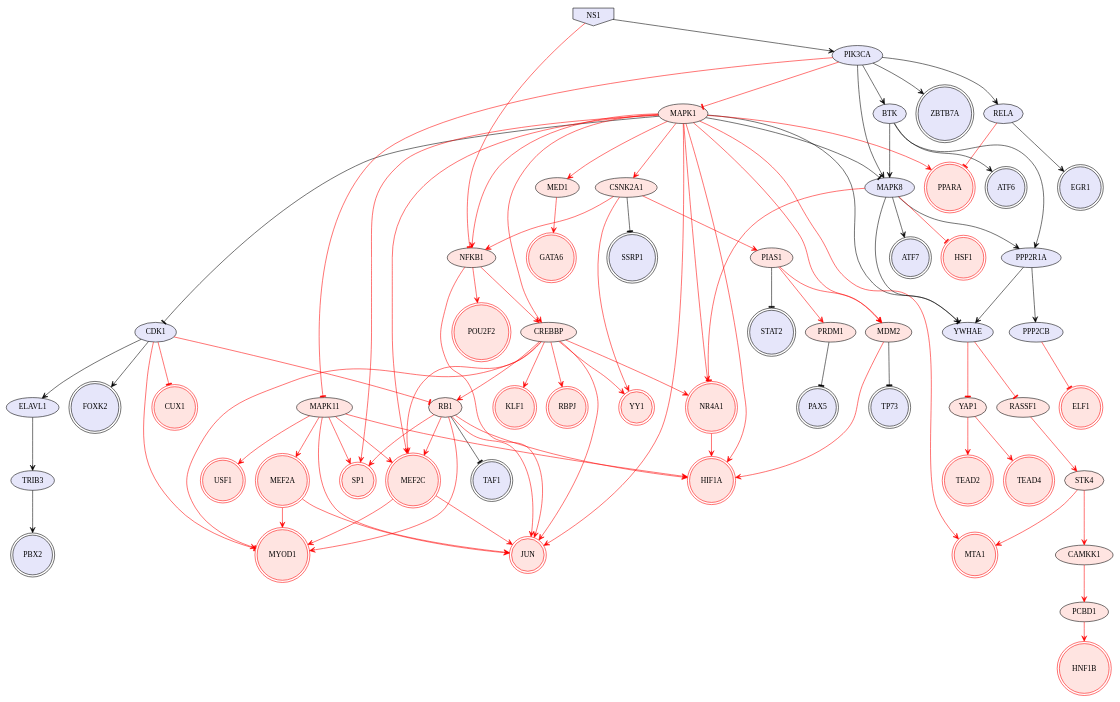
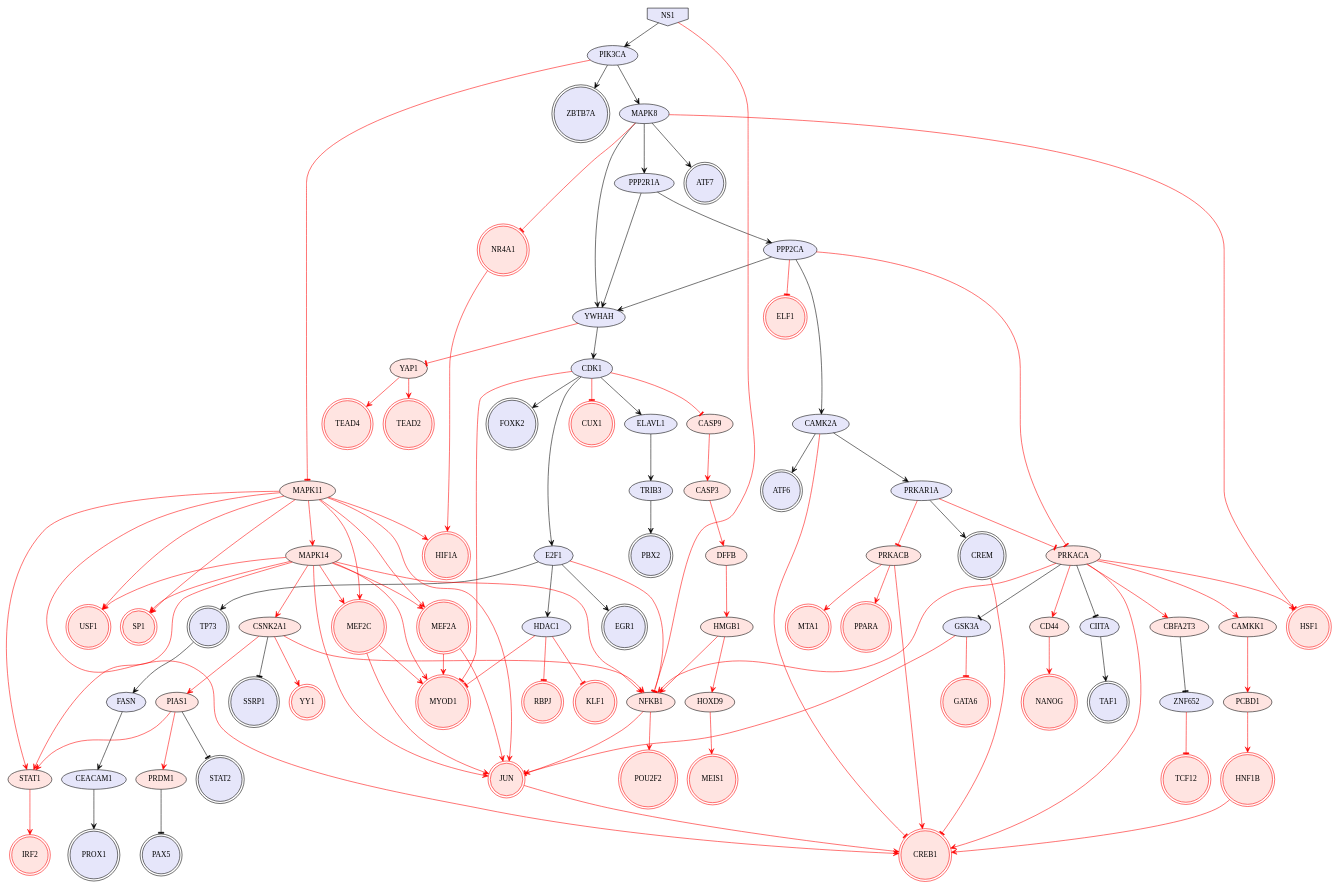
The diagram in ResultsCARNIVAL_VN1203vsNS1_for_3hr/network_solution.dot (COVID-19-Causal-Reasoning/InfluenzaSBMLdemo), drawn with Graphviz before and after one commit. The commit also changed 26 other files, not shown here.

```diff
--- a/ResultsCARNIVAL_VN1203vsNS1_for_3hr/network_solution.dot
+++ b/ResultsCARNIVAL_VN1203vsNS1_for_3hr/network_solution.dot
@@ -1,154 +1,187 @@
 digraph {
 
-MAPK1->CDK1 [penwidth=1, color=black, arrowhead="tee"]
-MAPK1->MAPK8 [penwidth=1, color=black, arrowhead="tee"]
-MAPK1->YWHAE [penwidth=1, color=black, arrowhead="tee"]
+PRKACA->GSK3A [penwidth=1, color=black, arrowhead="tee"]
+PRKACA->CIITA [penwidth=1, color=black, arrowhead="tee"]
+E2F1->TP73 [penwidth=1, color=black, arrowhead="vee"]
+E2F1->EGR1 [penwidth=1, color=black, arrowhead="vee"]
+E2F1->HDAC1 [penwidth=1, color=black, arrowhead="vee"]
 ELAVL1->TRIB3 [penwidth=1, color=black, arrowhead="vee"]
+CDK1->E2F1 [penwidth=1, color=black, arrowhead="vee"]
 CDK1->ELAVL1 [penwidth=1, color=black, arrowhead="vee"]
 CDK1->FOXK2 [penwidth=1, color=black, arrowhead="vee"]
+TP73->FASN [penwidth=1, color=black, arrowhead="vee"]
+MAPK8->YWHAH [penwidth=1, color=black, arrowhead="vee"]
 MAPK8->PPP2R1A [penwidth=1, color=black, arrowhead="vee"]
-MAPK8->YWHAE [penwidth=1, color=black, arrowhead="vee"]
 MAPK8->ATF7 [penwidth=1, color=black, arrowhead="vee"]
 CSNK2A1->SSRP1 [penwidth=1, color=black, arrowhead="tee"]
-RB1->TAF1 [penwidth=1, color=black, arrowhead="tee"]
 PIAS1->STAT2 [penwidth=1, color=black, arrowhead="tee"]
-RELA->EGR1 [penwidth=1, color=black, arrowhead="vee"]
-MDM2->TP73 [penwidth=1, color=black, arrowhead="tee"]
-PPP2R1A->PPP2CB [penwidth=1, color=black, arrowhead="vee"]
-PPP2R1A->YWHAE [penwidth=1, color=black, arrowhead="vee"]
-BTK->MAPK8 [penwidth=1, color=black, arrowhead="vee"]
-BTK->PPP2R1A [penwidth=1, color=black, arrowhead="vee"]
-BTK->ATF6 [penwidth=1, color=black, arrowhead="vee"]
+PPP2CA->CAMK2A [penwidth=1, color=black, arrowhead="vee"]
+PPP2CA->YWHAH [penwidth=1, color=black, arrowhead="vee"]
+CAMK2A->ATF6 [penwidth=1, color=black, arrowhead="vee"]
+CAMK2A->PRKAR1A [penwidth=1, color=black, arrowhead="vee"]
+YWHAH->CDK1 [penwidth=1, color=black, arrowhead="vee"]
+PPP2R1A->PPP2CA [penwidth=1, color=black, arrowhead="vee"]
+PPP2R1A->YWHAH [penwidth=1, color=black, arrowhead="vee"]
+CIITA->TAF1 [penwidth=1, color=black, arrowhead="vee"]
 PIK3CA->MAPK8 [penwidth=1, color=black, arrowhead="vee"]
-PIK3CA->RELA [penwidth=1, color=black, arrowhead="vee"]
-PIK3CA->BTK [penwidth=1, color=black, arrowhead="vee"]
 PIK3CA->ZBTB7A [penwidth=1, color=black, arrowhead="vee"]
 TRIB3->PBX2 [penwidth=1, color=black, arrowhead="vee"]
+PRKAR1A->CREM [penwidth=1, color=black, arrowhead="vee"]
+CEACAM1->PROX1 [penwidth=1, color=black, arrowhead="vee"]
+FASN->CEACAM1 [penwidth=1, color=black, arrowhead="vee"]
+CBFA2T3->ZNF652 [penwidth=1, color=black, arrowhead="tee"]
 PRDM1->PAX5 [penwidth=1, color=black, arrowhead="tee"]
 NS1->PIK3CA [penwidth=1, color=black, arrowhead="vee"]
-MAPK1->CREBBP [penwidth=1, color=red, arrowhead="vee"]
-MAPK1->HIF1A [penwidth=1, color=red, arrowhead="vee"]
-MAPK1->SP1 [penwidth=1, color=red, arrowhead="vee"]
-MAPK1->JUN [penwidth=1, color=red, arrowhead="vee"]
-MAPK1->CSNK2A1 [penwidth=1, color=red, arrowhead="vee"]
-MAPK1->NFKB1 [penwidth=1, color=red, arrowhead="vee"]
-MAPK1->PPARA [penwidth=1, color=red, arrowhead="vee"]
-MAPK1->MEF2C [penwidth=1, color=red, arrowhead="vee"]
-MAPK1->NR4A1 [penwidth=1, color=red, arrowhead="vee"]
-MAPK1->MDM2 [penwidth=1, color=red, arrowhead="vee"]
-MAPK1->MED1 [penwidth=1, color=red, arrowhead="vee"]
-MAPK1->MTA1 [penwidth=1, color=red, arrowhead="vee"]
-CDK1->RB1 [penwidth=1, color=red, arrowhead="tee"]
+PRKACA->CAMKK1 [penwidth=1, color=red, arrowhead="vee"]
+PRKACA->NFKB1 [penwidth=1, color=red, arrowhead="vee"]
+PRKACA->CREB1 [penwidth=1, color=red, arrowhead="vee"]
+PRKACA->HSF1 [penwidth=1, color=red, arrowhead="vee"]
+PRKACA->CD44 [penwidth=1, color=red, arrowhead="vee"]
+PRKACA->CBFA2T3 [penwidth=1, color=red, arrowhead="vee"]
+MAPK14->STAT1 [penwidth=1, color=red, arrowhead="vee"]
+MAPK14->SP1 [penwidth=1, color=red, arrowhead="vee"]
+MAPK14->JUN [penwidth=1, color=red, arrowhead="vee"]
+MAPK14->CSNK2A1 [penwidth=1, color=red, arrowhead="vee"]
+MAPK14->NFKB1 [penwidth=1, color=red, arrowhead="vee"]
+MAPK14->MEF2A [penwidth=1, color=red, arrowhead="vee"]
+MAPK14->MEF2C [penwidth=1, color=red, arrowhead="vee"]
+MAPK14->MYOD1 [penwidth=1, color=red, arrowhead="vee"]
+MAPK14->USF1 [penwidth=1, color=red, arrowhead="vee"]
+CASP3->DFFB [penwidth=1, color=red, arrowhead="vee"]
+E2F1->NFKB1 [penwidth=1, color=red, arrowhead="tee"]
+STAT1->IRF2 [penwidth=1, color=red, arrowhead="vee"]
+CDK1->CASP9 [penwidth=1, color=red, arrowhead="tee"]
 CDK1->MYOD1 [penwidth=1, color=red, arrowhead="tee"]
 CDK1->CUX1 [penwidth=1, color=red, arrowhead="tee"]
 CAMKK1->PCBD1 [penwidth=1, color=red, arrowhead="vee"]
-CREBBP->JUN [penwidth=1, color=red, arrowhead="vee"]
-CREBBP->RB1 [penwidth=1, color=red, arrowhead="vee"]
-CREBBP->RBPJ [penwidth=1, color=red, arrowhead="vee"]
-CREBBP->MEF2C [penwidth=1, color=red, arrowhead="vee"]
-CREBBP->NR4A1 [penwidth=1, color=red, arrowhead="vee"]
-CREBBP->MYOD1 [penwidth=1, color=red, arrowhead="vee"]
-CREBBP->YY1 [penwidth=1, color=red, arrowhead="vee"]
-CREBBP->KLF1 [penwidth=1, color=red, arrowhead="vee"]
 MAPK8->HSF1 [penwidth=1, color=red, arrowhead="tee"]
 MAPK8->NR4A1 [penwidth=1, color=red, arrowhead="tee"]
+JUN->CREB1 [penwidth=1, color=red, arrowhead="vee"]
 CSNK2A1->NFKB1 [penwidth=1, color=red, arrowhead="vee"]
 CSNK2A1->PIAS1 [penwidth=1, color=red, arrowhead="vee"]
 CSNK2A1->YY1 [penwidth=1, color=red, arrowhead="vee"]
-RB1->HIF1A [penwidth=1, color=red, arrowhead="vee"]
-RB1->SP1 [penwidth=1, color=red, arrowhead="vee"]
-RB1->JUN [penwidth=1, color=red, arrowhead="vee"]
-RB1->MEF2C [penwidth=1, color=red, arrowhead="vee"]
-RB1->MYOD1 [penwidth=1, color=red, arrowhead="vee"]
-NFKB1->CREBBP [penwidth=1, color=red, arrowhead="vee"]
 NFKB1->JUN [penwidth=1, color=red, arrowhead="vee"]
 NFKB1->POU2F2 [penwidth=1, color=red, arrowhead="vee"]
+GSK3A->JUN [penwidth=1, color=red, arrowhead="tee"]
+GSK3A->GATA6 [penwidth=1, color=red, arrowhead="tee"]
+CASP9->CASP3 [penwidth=1, color=red, arrowhead="vee"]
+HDAC1->RBPJ [penwidth=1, color=red, arrowhead="tee"]
+HDAC1->MYOD1 [penwidth=1, color=red, arrowhead="tee"]
+HDAC1->KLF1 [penwidth=1, color=red, arrowhead="tee"]
+MAPK11->MAPK14 [penwidth=1, color=red, arrowhead="vee"]
+MAPK11->STAT1 [penwidth=1, color=red, arrowhead="vee"]
 MAPK11->HIF1A [penwidth=1, color=red, arrowhead="vee"]
 MAPK11->SP1 [penwidth=1, color=red, arrowhead="vee"]
 MAPK11->JUN [penwidth=1, color=red, arrowhead="vee"]
+MAPK11->CREB1 [penwidth=1, color=red, arrowhead="vee"]
 MAPK11->MEF2A [penwidth=1, color=red, arrowhead="vee"]
 MAPK11->MEF2C [penwidth=1, color=red, arrowhead="vee"]
 MAPK11->USF1 [penwidth=1, color=red, arrowhead="vee"]
 MEF2A->JUN [penwidth=1, color=red, arrowhead="vee"]
 MEF2A->MYOD1 [penwidth=1, color=red, arrowhead="vee"]
 YAP1->TEAD2 [penwidth=1, color=red, arrowhead="vee"]
 YAP1->TEAD4 [penwidth=1, color=red, arrowhead="vee"]
-STK4->CAMKK1 [penwidth=1, color=red, arrowhead="vee"]
-STK4->MTA1 [penwidth=1, color=red, arrowhead="vee"]
-RASSF1->STK4 [penwidth=1, color=red, arrowhead="vee"]
-PIAS1->MDM2 [penwidth=1, color=red, arrowhead="vee"]
+PIAS1->STAT1 [penwidth=1, color=red, arrowhead="vee"]
 PIAS1->PRDM1 [penwidth=1, color=red, arrowhead="vee"]
-RELA->PPARA [penwidth=1, color=red, arrowhead="tee"]
 MEF2C->JUN [penwidth=1, color=red, arrowhead="vee"]
 MEF2C->MYOD1 [penwidth=1, color=red, arrowhead="vee"]
+PPP2CA->PRKACA [penwidth=1, color=red, arrowhead="tee"]
+PPP2CA->ELF1 [penwidth=1, color=red, arrowhead="tee"]
 NR4A1->HIF1A [penwidth=1, color=red, arrowhead="vee"]
-MDM2->HIF1A [penwidth=1, color=red, arrowhead="vee"]
-PPP2CB->ELF1 [penwidth=1, color=red, arrowhead="tee"]
+CAMK2A->CREB1 [penwidth=1, color=red, arrowhead="tee"]
+YWHAH->YAP1 [penwidth=1, color=red, arrowhead="tee"]
+PRKACB->CREB1 [penwidth=1, color=red, arrowhead="vee"]
+PRKACB->PPARA [penwidth=1, color=red, arrowhead="vee"]
+PRKACB->MTA1 [penwidth=1, color=red, arrowhead="vee"]
 PCBD1->HNF1B [penwidth=1, color=red, arrowhead="vee"]
-YWHAE->YAP1 [penwidth=1, color=red, arrowhead="tee"]
-YWHAE->RASSF1 [penwidth=1, color=red, arrowhead="tee"]
-PIK3CA->MAPK1 [penwidth=1, color=red, arrowhead="tee"]
+HMGB1->NFKB1 [penwidth=1, color=red, arrowhead="vee"]
+HMGB1->HOXD9 [penwidth=1, color=red, arrowhead="vee"]
+HNF1B->CREB1 [penwidth=1, color=red, arrowhead="vee"]
+HOXD9->MEIS1 [penwidth=1, color=red, arrowhead="vee"]
 PIK3CA->MAPK11 [penwidth=1, color=red, arrowhead="tee"]
-MED1->GATA6 [penwidth=1, color=red, arrowhead="vee"]
+CD44->NANOG [penwidth=1, color=red, arrowhead="vee"]
+PRKAR1A->PRKACA [penwidth=1, color=red, arrowhead="tee"]
+PRKAR1A->PRKACB [penwidth=1, color=red, arrowhead="tee"]
+DFFB->HMGB1 [penwidth=1, color=red, arrowhead="vee"]
+CREM->CREB1 [penwidth=1, color=red, arrowhead="tee"]
+ZNF652->TCF12 [penwidth=1, color=red, arrowhead="tee"]
 NS1->NFKB1 [penwidth=1, color=red, arrowhead="tee"]
 NS1 [style=filled, color=black, fillcolor=lavender, shape=invhouse];
 PPARA [style=filled, color=red, fillcolor=mistyrose, shape=doublecircle];
 ATF6 [style=filled, color=black, fillcolor=lavender, shape=doublecircle];
 TEAD4 [style=filled, color=red, fillcolor=mistyrose, shape=doublecircle];
 JUN [style=filled, color=red, fillcolor=mistyrose, shape=doublecircle];
 KLF1 [style=filled, color=red, fillcolor=mistyrose, shape=doublecircle];
 HSF1 [style=filled, color=red, fillcolor=mistyrose, shape=doublecircle];
 MEF2C [style=filled, color=red, fillcolor=mistyrose, shape=doublecircle];
 HNF1B [style=filled, color=red, fillcolor=mistyrose, shape=doublecircle];
 CUX1 [style=filled, color=red, fillcolor=mistyrose, shape=doublecircle];
 TP73 [style=filled, color=black, fillcolor=lavender, shape=doublecircle];
 ELF1 [style=filled, color=red, fillcolor=mistyrose, shape=doublecircle];
 PAX5 [style=filled, color=black, fillcolor=lavender, shape=doublecircle];
+CREB1 [style=filled, color=red, fillcolor=mistyrose, shape=doublecircle];
 PBX2 [style=filled, color=black, fillcolor=lavender, shape=doublecircle];
 USF1 [style=filled, color=red, fillcolor=mistyrose, shape=doublecircle];
+TCF12 [style=filled, color=red, fillcolor=mistyrose, shape=doublecircle];
 EGR1 [style=filled, color=black, fillcolor=lavender, shape=doublecircle];
+CREM [style=filled, color=black, fillcolor=lavender, shape=doublecircle];
 MYOD1 [style=filled, color=red, fillcolor=mistyrose, shape=doublecircle];
 ZBTB7A [style=filled, color=black, fillcolor=lavender, shape=doublecircle];
 SP1 [style=filled, color=red, fillcolor=mistyrose, shape=doublecircle];
 FOXK2 [style=filled, color=black, fillcolor=lavender, shape=doublecircle];
 ATF7 [style=filled, color=black, fillcolor=lavender, shape=doublecircle];
 SSRP1 [style=filled, color=black, fillcolor=lavender, shape=doublecircle];
 STAT2 [style=filled, color=black, fillcolor=lavender, shape=doublecircle];
 TAF1 [style=filled, color=black, fillcolor=lavender, shape=doublecircle];
+MEIS1 [style=filled, color=red, fillcolor=mistyrose, shape=doublecircle];
+NANOG [style=filled, color=red, fillcolor=mistyrose, shape=doublecircle];
 YY1 [style=filled, color=red, fillcolor=mistyrose, shape=doublecircle];
 HIF1A [style=filled, color=red, fillcolor=mistyrose, shape=doublecircle];
 RBPJ [style=filled, color=red, fillcolor=mistyrose, shape=doublecircle];
 GATA6 [style=filled, color=red, fillcolor=mistyrose, shape=doublecircle];
 MTA1 [style=filled, color=red, fillcolor=mistyrose, shape=doublecircle];
 NR4A1 [style=filled, color=red, fillcolor=mistyrose, shape=doublecircle];
+PROX1 [style=filled, color=black, fillcolor=lavender, shape=doublecircle];
+IRF2 [style=filled, color=red, fillcolor=mistyrose, shape=doublecircle];
 POU2F2 [style=filled, color=red, fillcolor=mistyrose, shape=doublecircle];
 TEAD2 [style=filled, color=red, fillcolor=mistyrose, shape=doublecircle];
 MEF2A [style=filled, color=red, fillcolor=mistyrose, shape=doublecircle];
-MAPK1 [style=filled, fillcolor=mistyrose];
+PRKACA [style=filled, fillcolor=mistyrose];
+E2F1 [style=filled, fillcolor=lavender];
 ELAVL1 [style=filled, fillcolor=lavender];
 CDK1 [style=filled, fillcolor=lavender];
 MAPK8 [style=filled, fillcolor=lavender];
 CSNK2A1 [style=filled, fillcolor=mistyrose];
-RB1 [style=filled, fillcolor=mistyrose];
 PIAS1 [style=filled, fillcolor=mistyrose];
-RELA [style=filled, fillcolor=lavender];
-MDM2 [style=filled, fillcolor=mistyrose];
+PPP2CA [style=filled, fillcolor=lavender];
+CAMK2A [style=filled, fillcolor=lavender];
+YWHAH [style=filled, fillcolor=lavender];
 PPP2R1A [style=filled, fillcolor=lavender];
-BTK [style=filled, fillcolor=lavender];
+CIITA [style=filled, fillcolor=lavender];
 PIK3CA [style=filled, fillcolor=lavender];
 TRIB3 [style=filled, fillcolor=lavender];
+PRKAR1A [style=filled, fillcolor=lavender];
+CEACAM1 [style=filled, fillcolor=lavender];
+FASN [style=filled, fillcolor=lavender];
+CBFA2T3 [style=filled, fillcolor=mistyrose];
 PRDM1 [style=filled, fillcolor=mistyrose];
+MAPK14 [style=filled, fillcolor=mistyrose];
+CASP3 [style=filled, fillcolor=mistyrose];
+STAT1 [style=filled, fillcolor=mistyrose];
 CAMKK1 [style=filled, fillcolor=mistyrose];
-CREBBP [style=filled, fillcolor=mistyrose];
 NFKB1 [style=filled, fillcolor=mistyrose];
+GSK3A [style=filled, fillcolor=lavender];
+CASP9 [style=filled, fillcolor=mistyrose];
+HDAC1 [style=filled, fillcolor=lavender];
 MAPK11 [style=filled, fillcolor=mistyrose];
 YAP1 [style=filled, fillcolor=mistyrose];
-STK4 [style=filled, fillcolor=mistyrose];
-RASSF1 [style=filled, fillcolor=mistyrose];
-PPP2CB [style=filled, fillcolor=lavender];
+PRKACB [style=filled, fillcolor=mistyrose];
 PCBD1 [style=filled, fillcolor=mistyrose];
-YWHAE [style=filled, fillcolor=lavender];
-MED1 [style=filled, fillcolor=mistyrose];
+HMGB1 [style=filled, fillcolor=mistyrose];
+HOXD9 [style=filled, fillcolor=mistyrose];
+CD44 [style=filled, fillcolor=mistyrose];
+DFFB [style=filled, fillcolor=mistyrose];
+ZNF652 [style=filled, fillcolor=lavender];
 
 
 }
```
